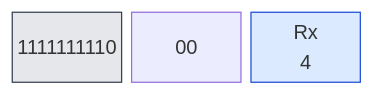
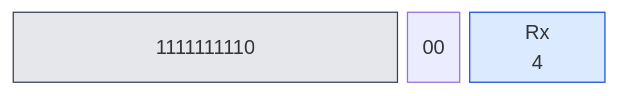
Diagram 28 of 32 in book/kap03.md (olfp/Deep16), drawn with Mermaid before and after one commit. The commit also changed other lines of this file and 1 other file, not shown here.

Commit message:
book(kap03): alle 32 Befehlsdiagramme auf 31-Spalten-Layout normiert

````diff
--- a/book/kap03.md
+++ b/book/kap03.md
@@ -928,15 +928,15 @@
 ```mermaid
 block-beta
-  columns 3
+  columns 31
   classDef op fill:#e5e7eb,stroke:#374151
   classDef reg fill:#dbeafe,stroke:#1d4ed8
   classDef imm fill:#fef3c7,stroke:#b45309
   classDef off fill:#dcfce7,stroke:#15803d
   classDef seg fill:#ede9fe,stroke:#6d28d9
   classDef all fill:#fee2e2,stroke:#b91c1c
-  b0["1111111110"]:1
-  b1["00"]:1
-  b2["Rx<br/>4"]:1
+  b0["1111111110"]:19
+  b1["00"]:3
+  b2["Rx<br/>4"]:7
   class b0 b1 op
   class b2 reg
 ```
````
